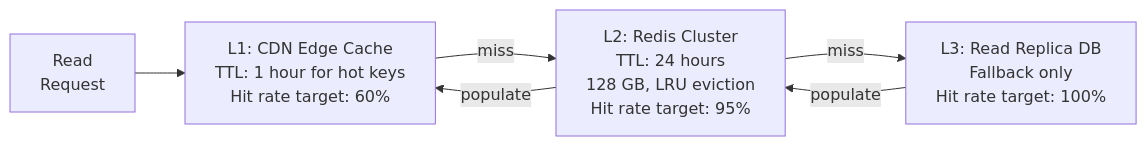
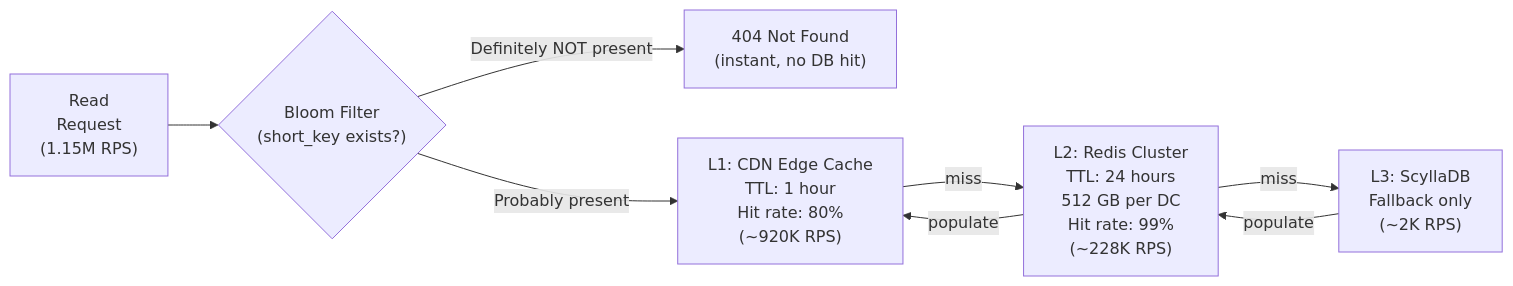
Before and after one commit to hemantkgupta/url-shortener: diagram 13 of 23 in url-shortener-system-design-1.md, drawn with Mermaid. The commit also changed other lines of this file and 156 other files, not shown here.

````diff
--- a/url-shortener-system-design-1.md
+++ b/url-shortener-system-design-1.md
@@ -547,13 +617,17 @@
 ```mermaid
 flowchart LR
-    Client["Read<br/>Request"]
-    L1["L1: CDN Edge Cache<br/>TTL: 1 hour for hot keys<br/>Hit rate target: 60%"]
-    L2["L2: Redis Cluster<br/>TTL: 24 hours<br/>128 GB, LRU eviction<br/>Hit rate target: 95%"]
-    L3["L3: Read Replica DB<br/>Fallback only<br/>Hit rate target: 100%"]
+    Client["Read<br/>Request<br/>(1.15M RPS)"]
+    BF{"Bloom Filter<br/>(short_key exists?)"}
+    MISS["404 Not Found<br/>(instant, no DB hit)"]
+    L1["L1: CDN Edge Cache<br/>TTL: 1 hour<br/>Hit rate: 80%<br/>(~920K RPS)"]
+    L2["L2: Redis Cluster<br/>TTL: 24 hours<br/>512 GB per DC<br/>Hit rate: 99%<br/>(~228K RPS)"]
+    L3["L3: ScyllaDB<br/>Fallback only<br/>(~2K RPS)"]
 
-    Client --> L1
+    Client --> BF
+    BF -->|Definitely NOT present| MISS
+    BF -->|Probably present| L1
     L1 -->|miss| L2
     L2 -->|miss| L3
     L3 -->|populate| L2
     L2 -->|populate| L1
 ```
````
